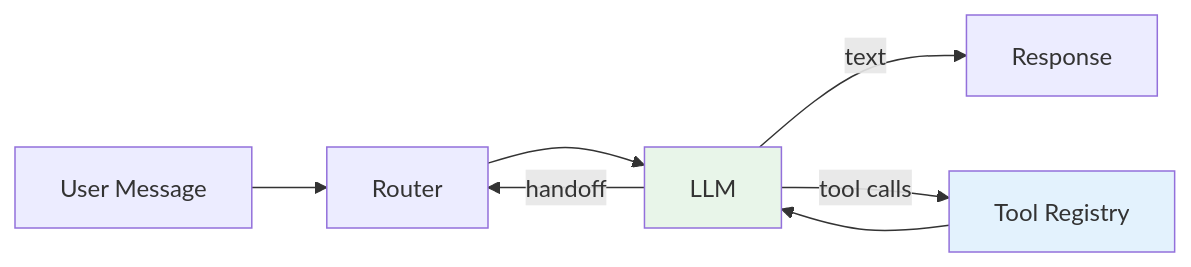
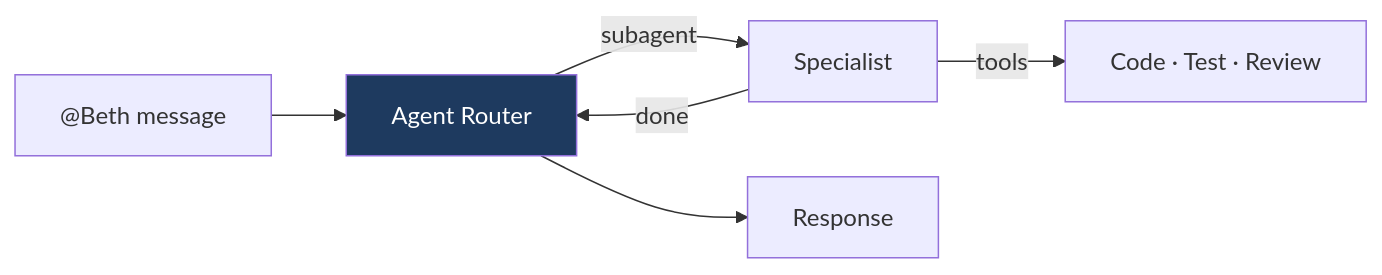
The fourth of 7 diagrams in README.md (shyamsridhar123/ATV-AgentSkillsDemo), drawn with Mermaid before and after one commit. The commit also changed other lines of this file and 2 other files, not shown here.

Commit message:
beth-7bo: Simplify all architecture mermaid diagrams in README.md and SYSTEM-FLOW.md

````diff
--- a/README.md
+++ b/README.md
@@ -246,11 +238,10 @@
 ```mermaid
 flowchart LR
-    Msg["User Message"] --> Route["Router"] --> LLM["LLM"]
-    LLM -->|text| Done["Response"]
-    LLM -->|tool calls| Tools["Tool Registry"]
-    Tools --> LLM
-    LLM -->|handoff| Route
+    Msg["@Beth message"] --> Route["Agent Router"]
+    Route -->|subagent| Agent["Specialist"]
+    Agent -->|tools| Work["Code · Test · Review"]
+    Agent -->|done| Route
+    Route --> Done["Response"]
 
-    style LLM fill:#e8f5e9
-    style Tools fill:#e3f2fd
+    style Route fill:#1e3a5f,color:#fff
 ```
````
